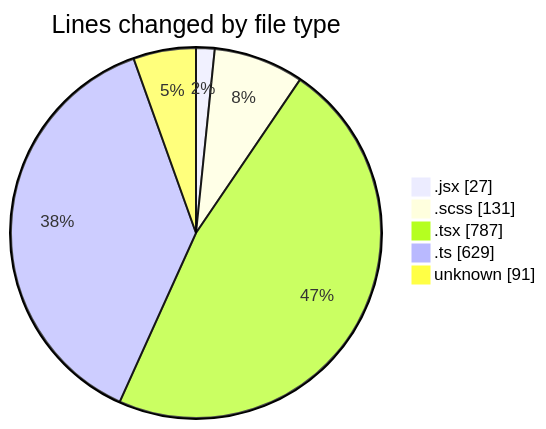
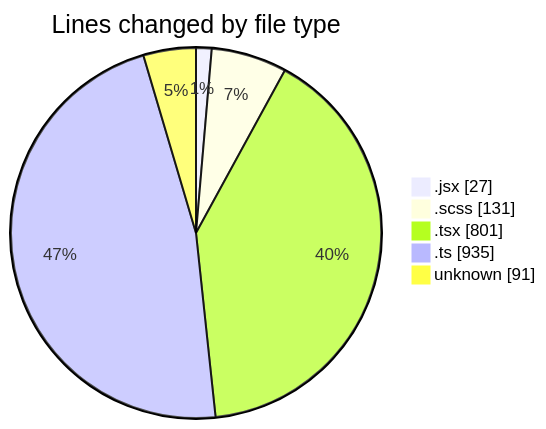
One commit to momahboobian/code-tracking changed the first of 2 diagrams in 2026-03-16/cda/README.md. Above: the diagram before and after it, drawn with Mermaid. The commit also changed other lines of this file and 1 other file, not shown here.

````diff
--- a/2026-03-16/cda/README.md
+++ b/2026-03-16/cda/README.md
@@ -31,9 +32,9 @@
 ```mermaid
 pie showData
 title Lines changed by file type
 ".jsx" : 27
 ".scss" : 131
-".tsx" : 787
-".ts" : 629
+".tsx" : 801
+".ts" : 935
 "unknown" : 91
 ```
````
